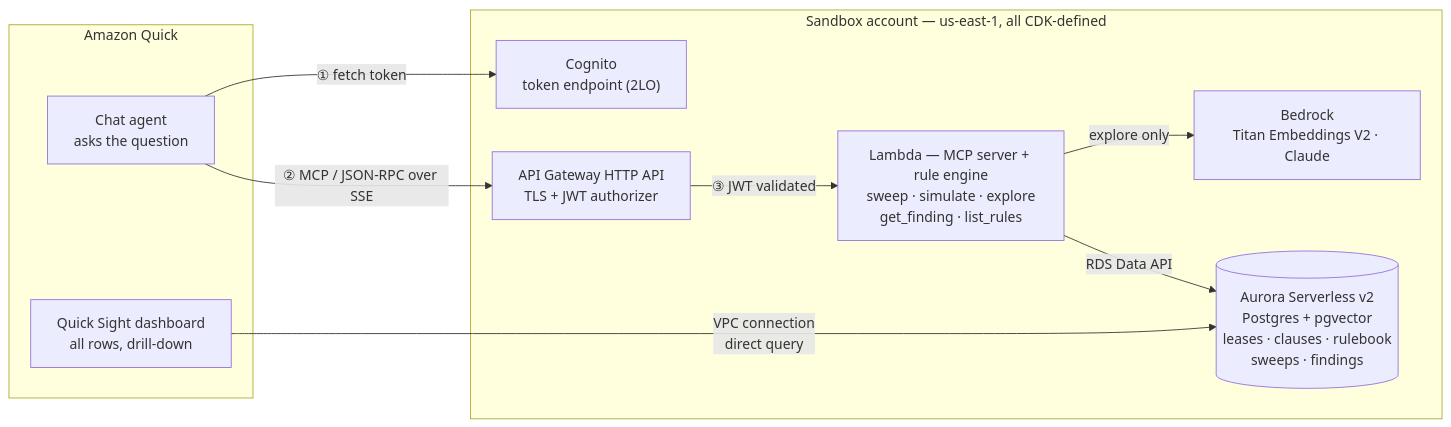
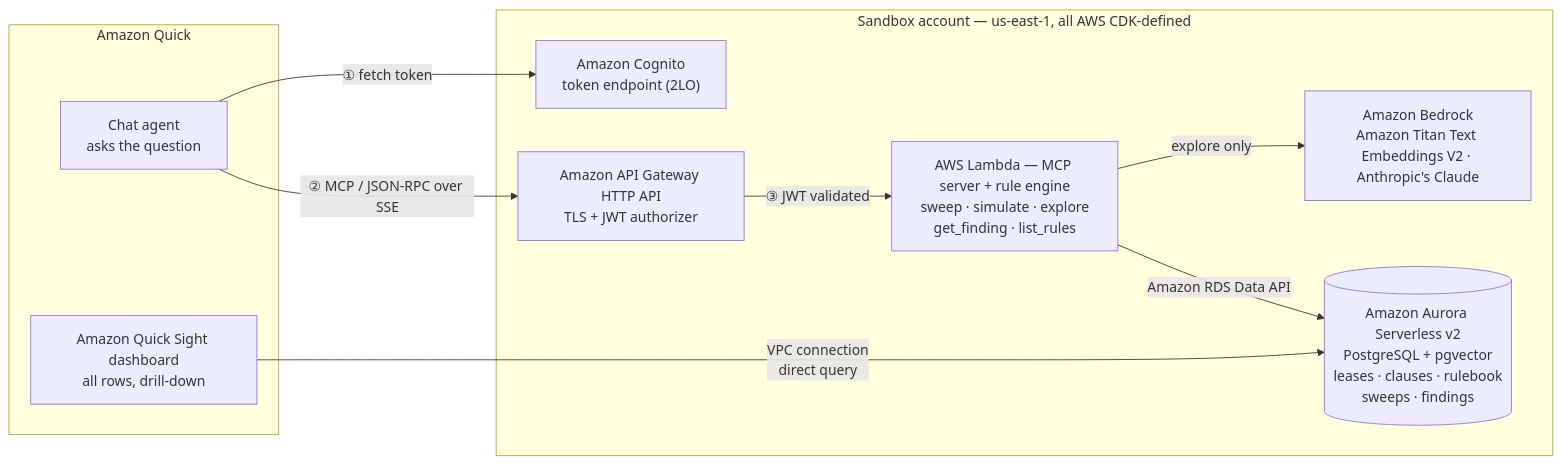
Before and after one commit to aws-samples/sample-quick-adjudicated-query: the diagram in README.md, drawn with Mermaid.

Commit message:
Use correct AWS service names in architecture diagram

````diff
--- a/README.md
+++ b/README.md
@@ -21,22 +21,22 @@
 ```mermaid
 flowchart LR
     subgraph quick["Amazon Quick"]
         chat["Chat agent<br/>asks the question"]
-        qsight["Quick Sight dashboard<br/>all rows, drill-down"]
+        qsight["Amazon Quick Sight dashboard<br/>all rows, drill-down"]
     end
 
-    subgraph aws["Sandbox account — us-east-1, all CDK-defined"]
-        cognito["Cognito<br/>token endpoint (2LO)"]
-        apigw["API Gateway HTTP API<br/>TLS + JWT authorizer"]
-        lambda["Lambda — MCP server + rule engine<br/>sweep · simulate · explore<br/>get_finding · list_rules"]
-        bedrock["Bedrock<br/>Titan Embeddings V2 · Claude"]
-        aurora[("Aurora Serverless v2<br/>Postgres + pgvector<br/>leases · clauses · rulebook<br/>sweeps · findings")]
+    subgraph aws["Sandbox account — us-east-1, all AWS CDK-defined"]
+        cognito["Amazon Cognito<br/>token endpoint (2LO)"]
+        apigw["Amazon API Gateway HTTP API<br/>TLS + JWT authorizer"]
+        lambda["AWS Lambda — MCP server + rule engine<br/>sweep · simulate · explore<br/>get_finding · list_rules"]
+        bedrock["Amazon Bedrock<br/>Amazon Titan Text Embeddings V2 · Anthropic's Claude"]
+        aurora[("Amazon Aurora Serverless v2<br/>PostgreSQL + pgvector<br/>leases · clauses · rulebook<br/>sweeps · findings")]
     end
 
     chat -- "① fetch token" --> cognito
     chat -- "② MCP / JSON-RPC over SSE" --> apigw
     apigw -- "③ JWT validated" --> lambda
-    lambda -- "RDS Data API" --> aurora
+    lambda -- "Amazon RDS Data API" --> aurora
     lambda -- "explore only" --> bedrock
     qsight -- "VPC connection<br/>direct query" --> aurora
 ```
````
